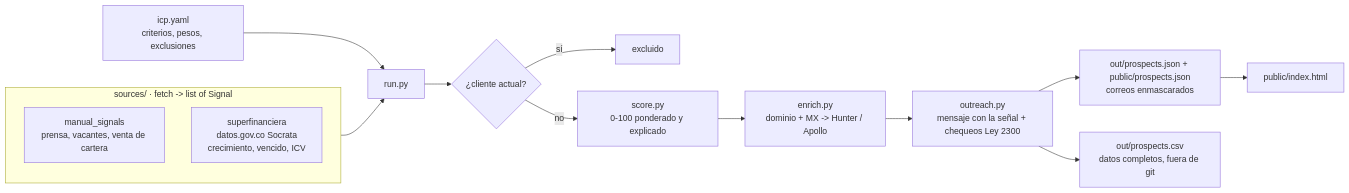
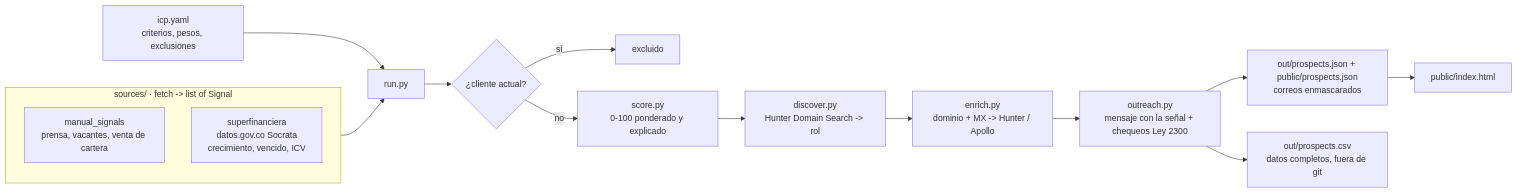
Before and after one commit to Joel1508/callbook.ai: the diagram in README.md, drawn with Mermaid. The commit also changed other lines of this file and 6 other files, not shown here.

````diff
--- a/README.md
+++ b/README.md
@@ -13,17 +13,18 @@
 ```mermaid
 flowchart LR
     Y[icp.yaml<br/>criterios, pesos, exclusiones] --> R
     subgraph S[sources/ · fetch -> list of Signal]
       M[manual_signals<br/>prensa, vacantes, venta de cartera]
       F[superfinanciera<br/>datos.gov.co Socrata<br/>crecimiento, vencido, ICV]
     end
     S --> R[run.py]
     R --> X{¿cliente actual?}
     X -- sí --> Z[excluido]
     X -- no --> SC[score.py<br/>0-100 ponderado y explicado]
-    SC --> E[enrich.py<br/>dominio + MX -> Hunter / Apollo]
+    SC --> DS[discover.py<br/>Hunter Domain Search -> rol]
+    DS --> E[enrich.py<br/>dominio + MX -> Hunter / Apollo]
     E --> O[outreach.py<br/>mensaje con la señal + chequeos Ley 2300]
     O --> J[out/prospects.json + public/prospects.json<br/>correos enmascarados]
     O --> C[out/prospects.csv<br/>datos completos, fuera de git]
     J --> D[public/index.html]
 ```
````
